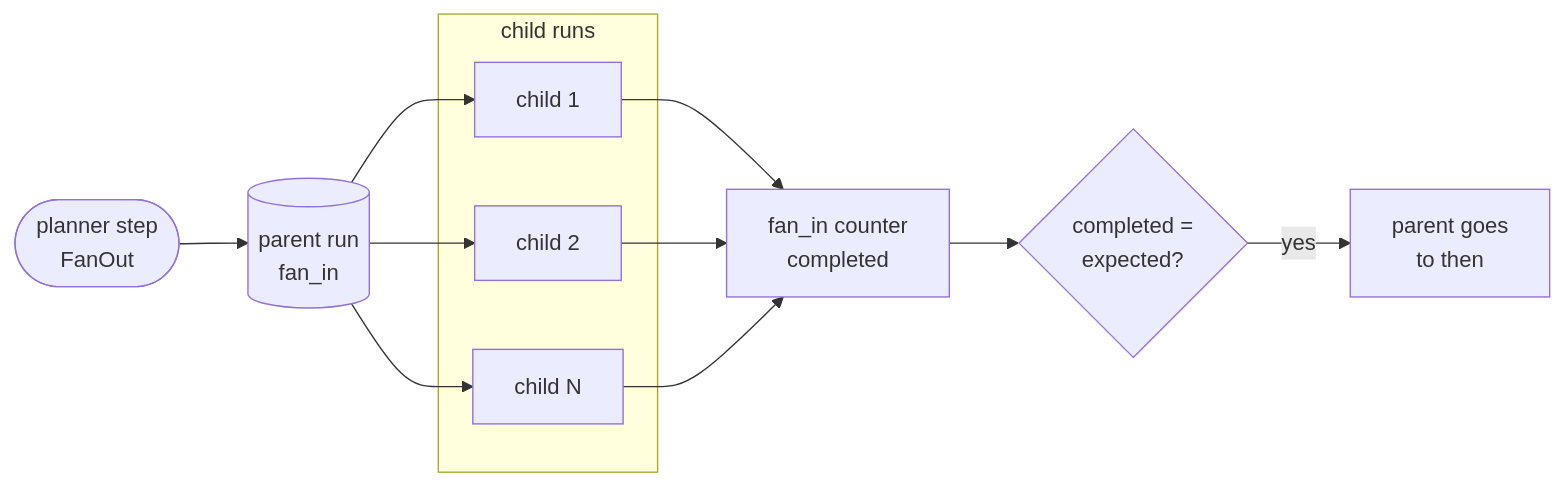
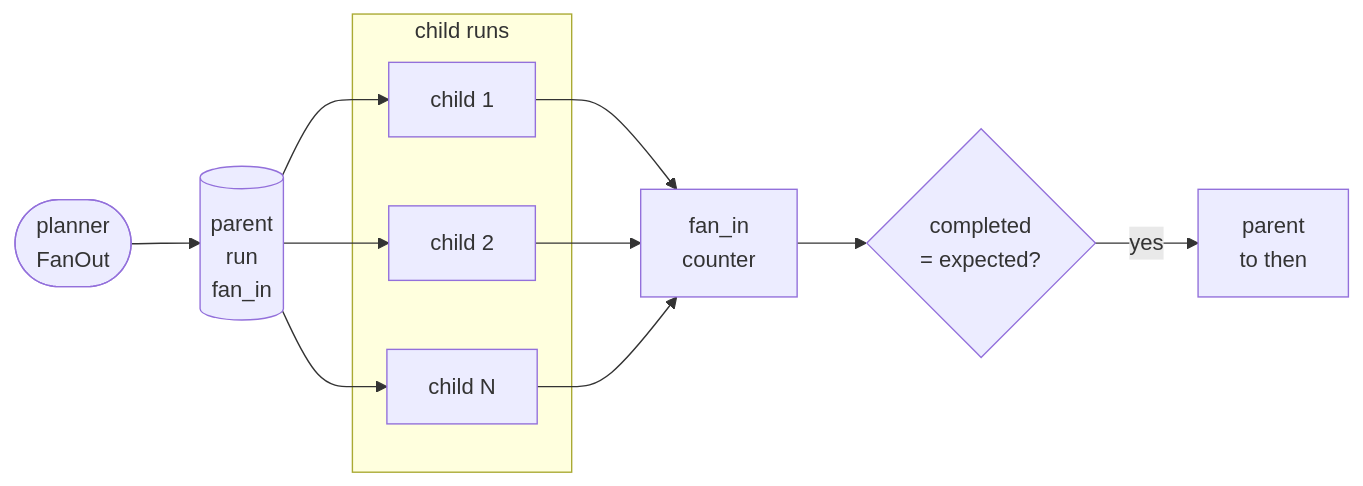
Before and after one commit to aniryou/full-stack-agentic-engineer: the second of 4 diagrams in 07-application-agent-framework/long-running-durable/lra-gcp/docs/primer.md, drawn with Mermaid. The commit also changed other lines of this file and 211 other files, not shown here.

````diff
--- a/07-application-agent-framework/long-running-durable/lra-gcp/docs/primer.md
+++ b/07-application-agent-framework/long-running-durable/lra-gcp/docs/primer.md
@@ -200,17 +212,17 @@
 ```mermaid
 flowchart LR
-    P(["planner step<br/>FanOut"]) --> F[("parent run<br/>fan_in")]
+    P(["planner<br/>FanOut"]) --> F[("parent<br/>run<br/>fan_in")]
     subgraph CH["child runs"]
         C1["child 1"]
         C2["child 2"]
         C3["child N"]
     end
     F --> C1
     F --> C2
     F --> C3
     C1 --> N
     C2 --> N
     C3 --> N
-    N["fan_in counter<br/>completed"] --> D{"completed =<br/>expected?"}
-    D -->|yes| T["parent goes<br/>to then"]
+    N["fan_in<br/>counter"] --> D{"completed<br/>= expected?"}
+    D -->|yes| T["parent<br/>to then"]
 ```
````
